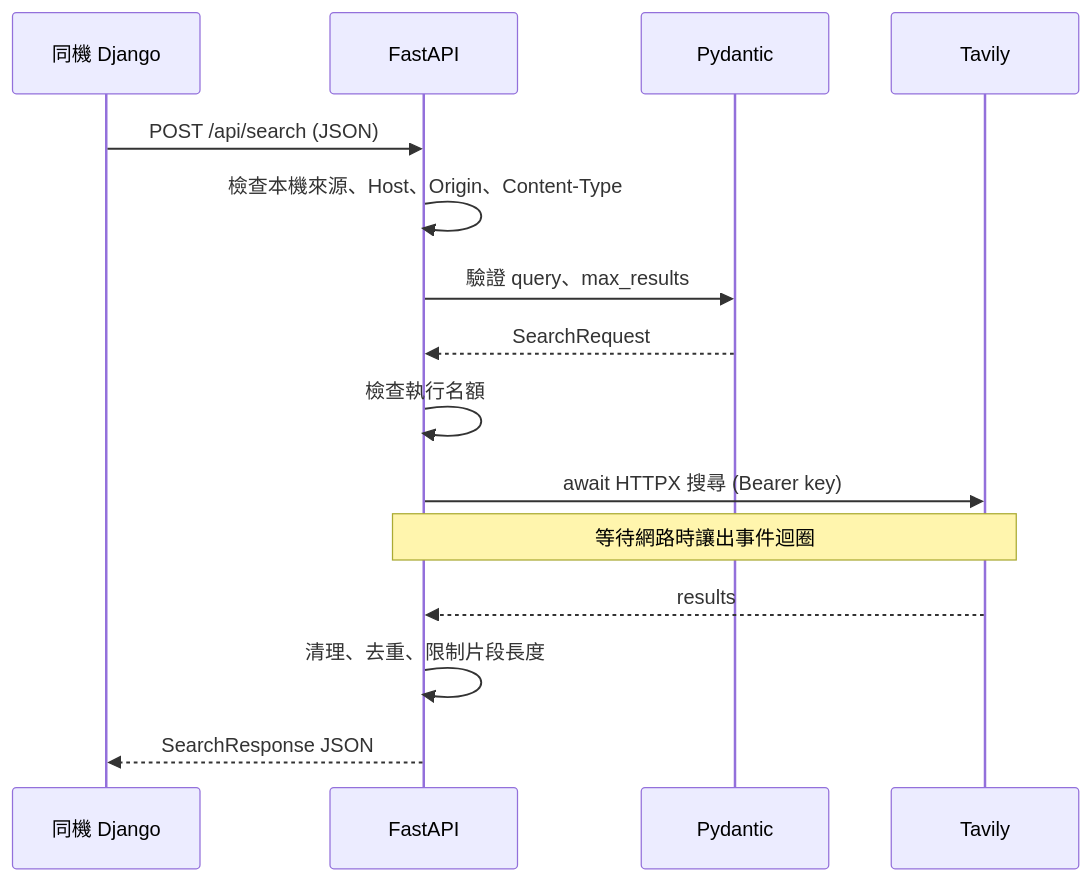
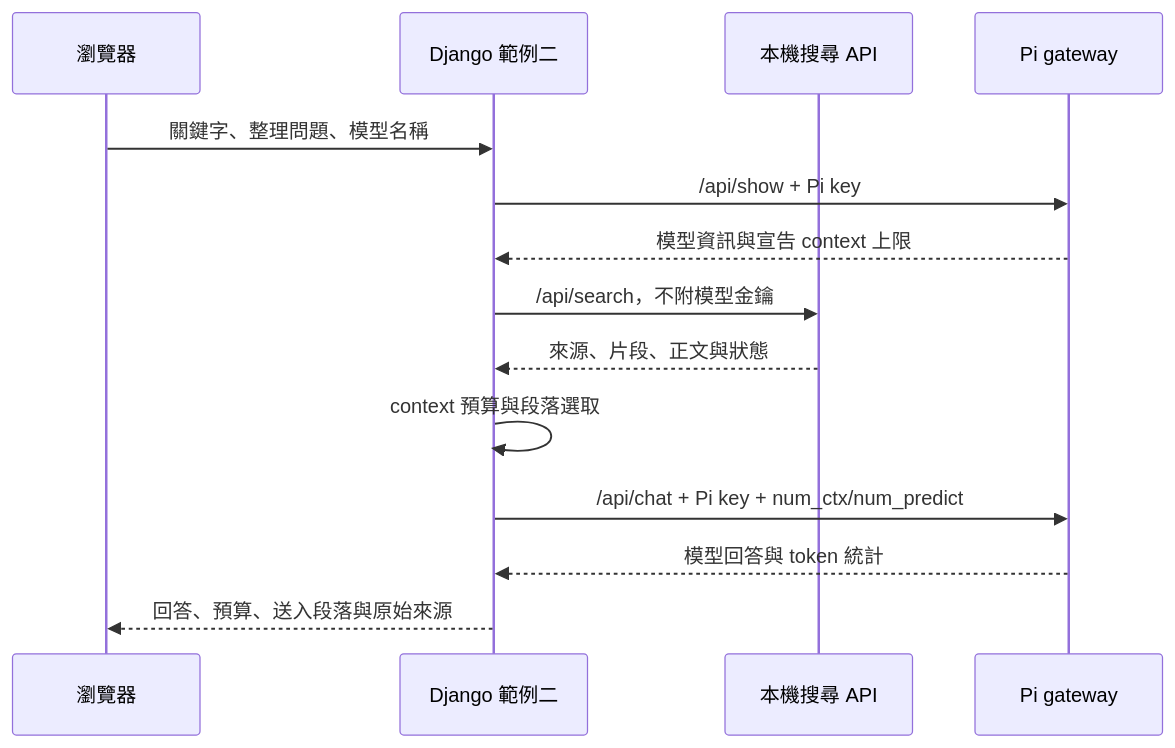
The third of 3 diagrams in docs/design.md (minhuangyuntech/webfetchapi), drawn with Mermaid before and after one commit. The commit also changed other lines of this file and 42 other files, not shown here.

Commit message:
refactor: separate content search from Django model summarization with context budgeting

````diff
--- a/docs/design.md
+++ b/docs/design.md
@@ -5,17 +39,16 @@
 ```mermaid
 sequenceDiagram
-    participant D as 同機 Django
-    participant F as FastAPI
-    participant V as Pydantic
-    participant T as Tavily
-    D->>F: POST /api/search (JSON)
-    F->>F: 檢查本機來源、Host、Origin、Content-Type
-    F->>V: 驗證 query、max_results
-    V-->>F: SearchRequest
-    F->>F: 檢查執行名額
-    F->>T: await HTTPX 搜尋 (Bearer key)
-    Note over F,T: 等待網路時讓出事件迴圈
-    T-->>F: results
-    F->>F: 清理、去重、限制片段長度
-    F-->>D: SearchResponse JSON
+    participant B as 瀏覽器
+    participant D as Django 範例二
+    participant S as 本機搜尋 API
+    participant P as Pi gateway
+    B->>D: 關鍵字、整理問題、模型名稱
+    D->>P: /api/show + Pi key
+    P-->>D: 模型資訊與宣告 context 上限
+    D->>S: /api/search，不附模型金鑰
+    S-->>D: 來源、片段、正文與狀態
+    D->>D: context 預算與段落選取
+    D->>P: /api/chat + Pi key + num_ctx/num_predict
+    P-->>D: 模型回答與 token 統計
+    D-->>B: 回答、預算、送入段落與原始來源
 ```
````
